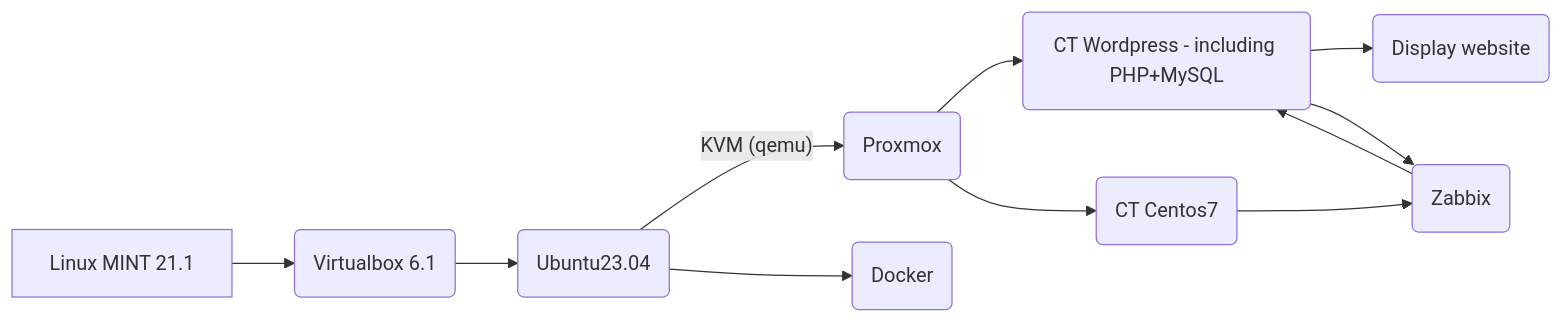
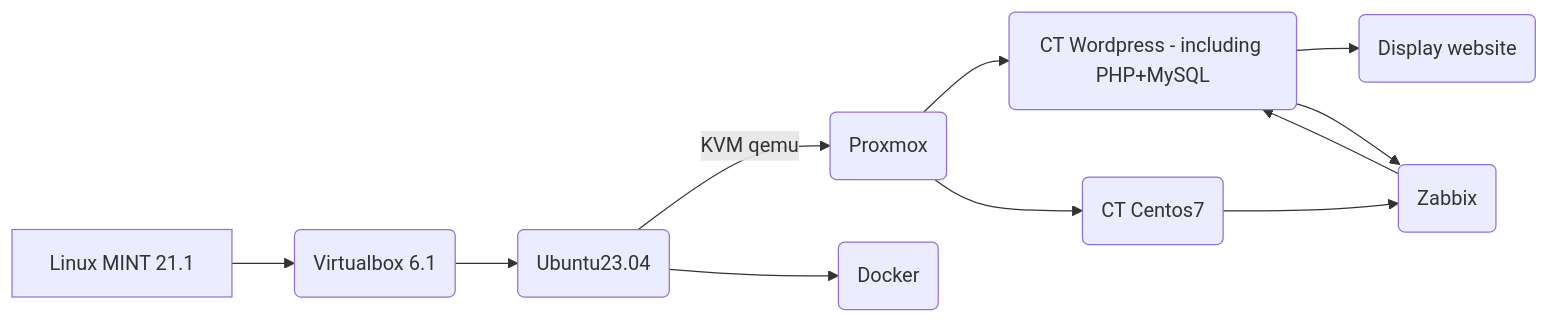
The diagram in Project.md (DanyAAD90/DevOps_junior_Wordpress), drawn with Mermaid before and after one commit.

````diff
--- a/Project.md
+++ b/Project.md
@@ -3,13 +3,13 @@
 ```mermaid
 graph LR
 A[Linux MINT 21.1] --> B(Virtualbox 6.1)
 B --> C(Ubuntu23.04)
-C -- KVM (qemu) --> D(Proxmox)
+C -- KVM qemu --> D(Proxmox)
 D --> E(CT Wordpress - including PHP+MySQL)
 E --> G(Display website)
 C --> F(Docker)
 D --> H(CT Centos7)
 H --> I(Zabbix)
 I --> E
 E --> I
 ```
````
